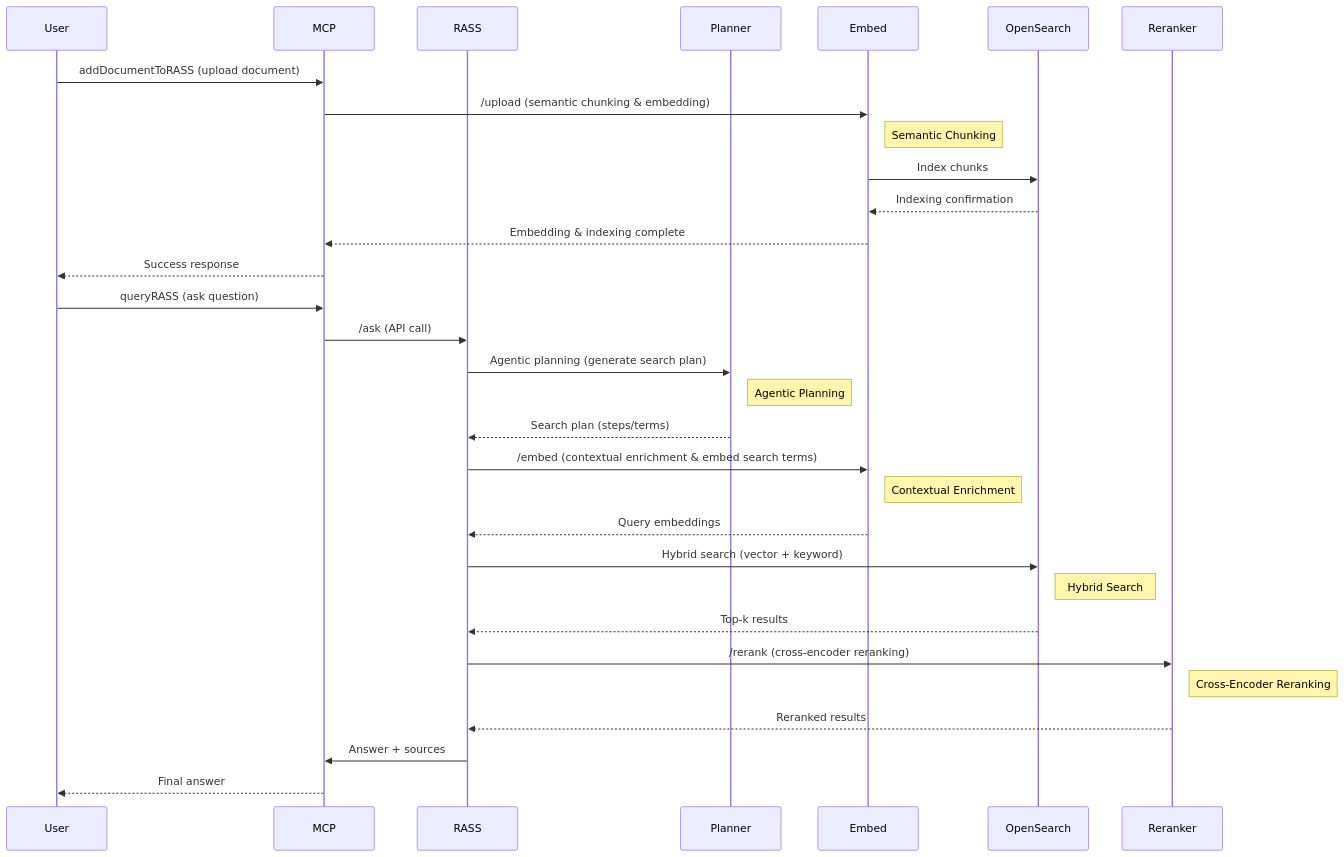
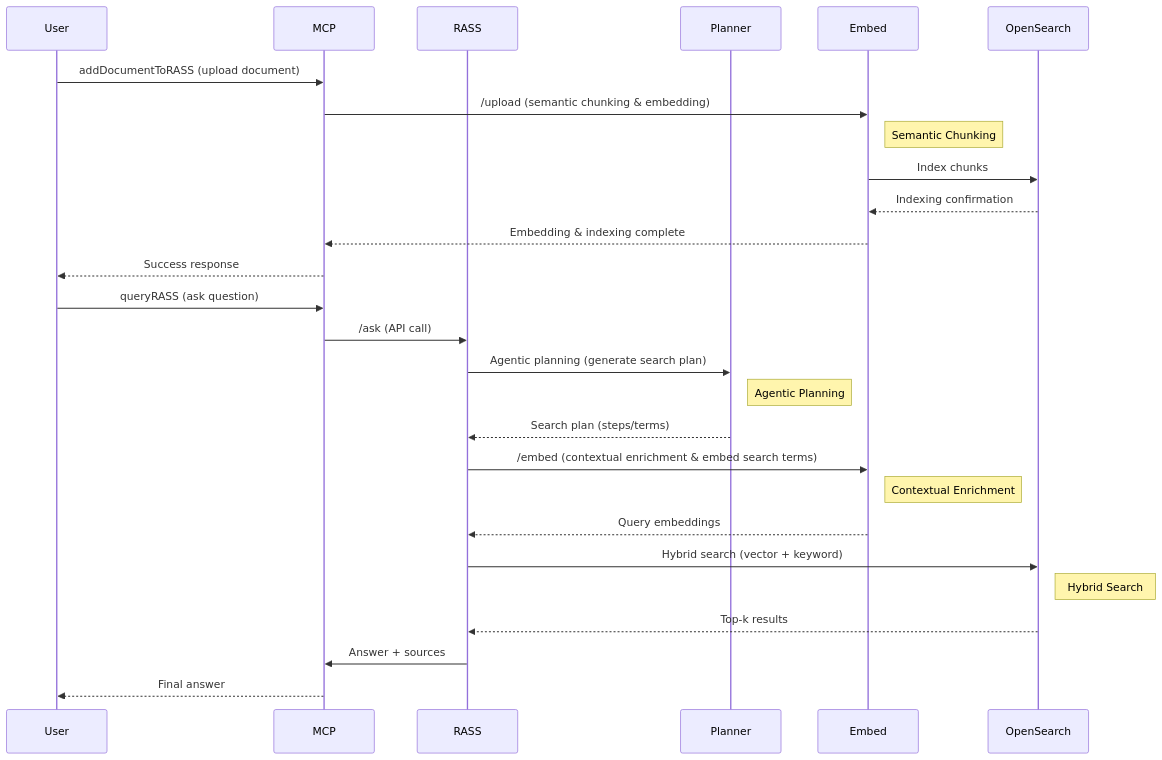
One commit to Taleef7/enhanced-rass changed the first of 2 diagrams in docs/PLANNER_AND_DIAGRAMS.md. Above: the diagram before and after it, drawn with Mermaid. The commit also changed other lines of this file and 1 other file, not shown here.

````diff
--- a/docs/PLANNER_AND_DIAGRAMS.md
+++ b/docs/PLANNER_AND_DIAGRAMS.md
@@ -81,37 +80,33 @@
 ```mermaid
 sequenceDiagram
     participant User
     participant MCP
     participant RASS
     participant Planner
     participant Embed
     participant OpenSearch
-    participant Reranker
 
     %% Document Ingestion Workflow
     User->>MCP: addDocumentToRASS (upload document)
     MCP->>Embed: /upload (semantic chunking & embedding)
     Note right of Embed: Semantic Chunking
     Embed->>OpenSearch: Index chunks
     OpenSearch-->>Embed: Indexing confirmation
     Embed-->>MCP: Embedding & indexing complete
     MCP-->>User: Success response
 
     %% Query Workflow
     User->>MCP: queryRASS (ask question)
     MCP->>RASS: /ask (API call)
     RASS->>Planner: Agentic planning (generate search plan)
     Note right of Planner: Agentic Planning
     Planner-->>RASS: Search plan (steps/terms)
     RASS->>Embed: /embed (contextual enrichment & embed search terms)
     Note right of Embed: Contextual Enrichment
     Embed-->>RASS: Query embeddings
     RASS->>OpenSearch: Hybrid search (vector + keyword)
     Note right of OpenSearch: Hybrid Search
     OpenSearch-->>RASS: Top-k results
-    RASS->>Reranker: /rerank (cross-encoder reranking)
-    Note right of Reranker: Cross-Encoder Reranking
-    Reranker-->>RASS: Reranked results
     RASS->>MCP: Answer + sources
     MCP-->>User: Final answer
 ```
````
